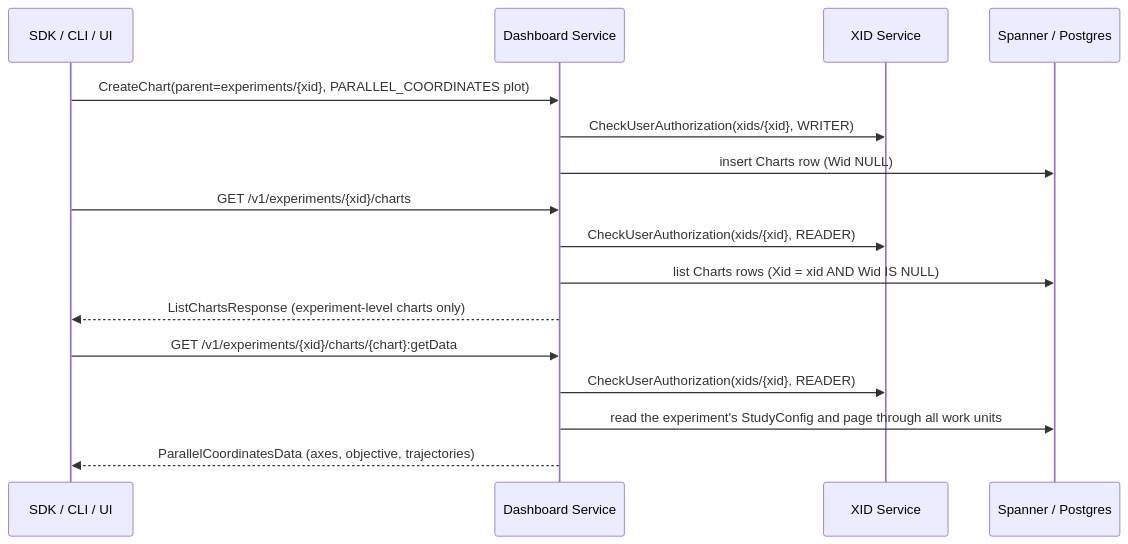
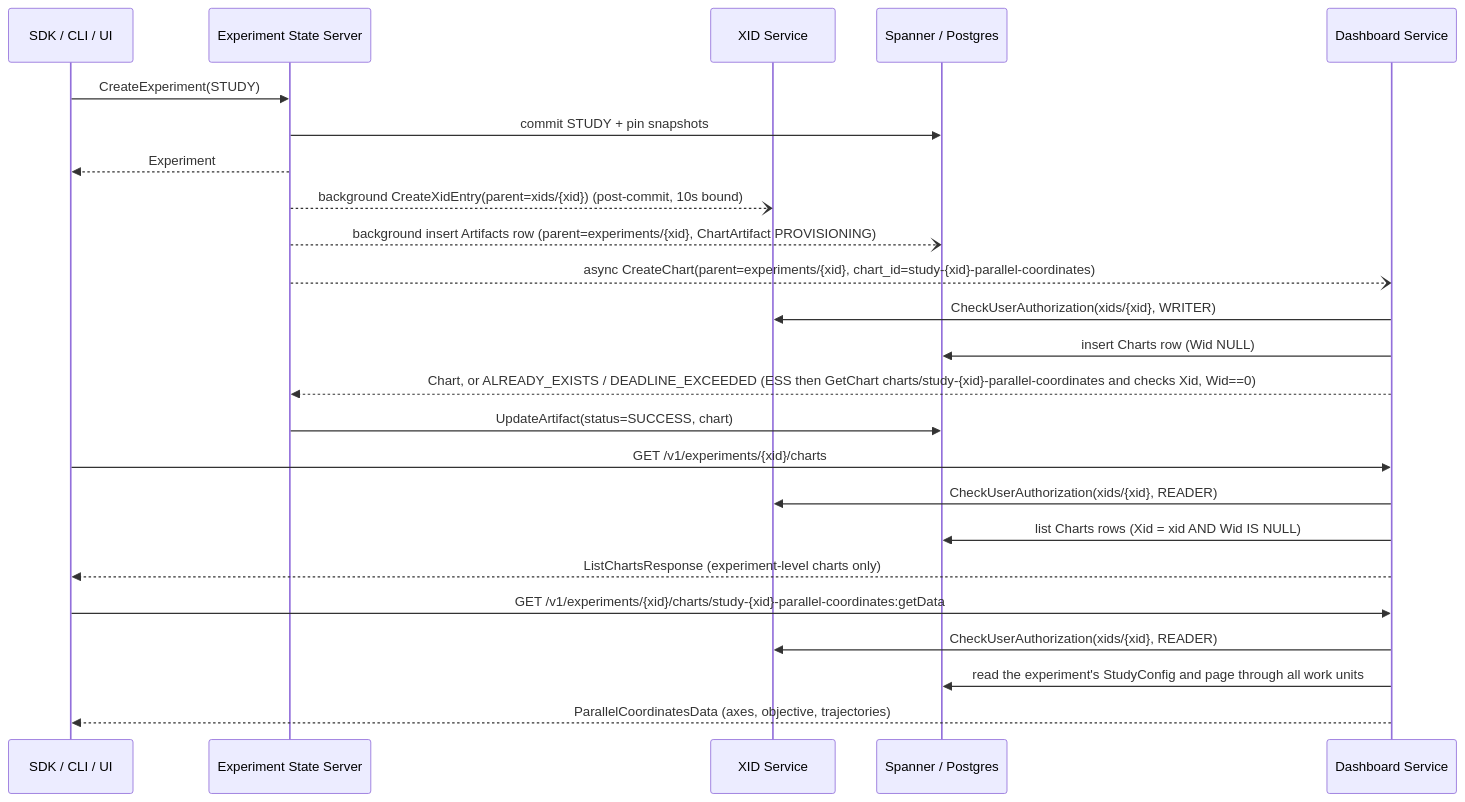
Before and after one commit to google/xmc: the third of 3 diagrams in docs/flows/study_lifecycle.md, drawn with Mermaid. The commit also changed other lines of this file and 31 other files, not shown here.

First line of the commit message:
feat(ess): auto-provision parallel-coordinates chart on study creation (#1756)

````diff
--- a/docs/flows/study_lifecycle.md
+++ b/docs/flows/study_lifecycle.md
@@ -158,19 +165,27 @@
 ```mermaid
 sequenceDiagram
     participant Client as SDK / CLI / UI
-    participant DS as Dashboard Service
+    participant ESS as Experiment State Server
     participant XID as XID Service
     participant DB as Spanner / Postgres
+    participant DS as Dashboard Service
 
-    Client->>DS: CreateChart(parent=experiments/{xid}, PARALLEL_COORDINATES plot)
+    Client->>ESS: CreateExperiment(STUDY)
+    ESS->>DB: commit STUDY + pin snapshots
+    ESS-->>Client: Experiment
+    ESS--)XID: background CreateXidEntry(parent=xids/{xid}) (post-commit, 10s bound)
+    ESS--)DB: background insert Artifacts row (parent=experiments/{xid}, ChartArtifact PROVISIONING)
+    ESS--)DS: async CreateChart(parent=experiments/{xid}, chart_id=study-{xid}-parallel-coordinates)
     DS->>XID: CheckUserAuthorization(xids/{xid}, WRITER)
     DS->>DB: insert Charts row (Wid NULL)
+    DS-->>ESS: Chart, or ALREADY_EXISTS / DEADLINE_EXCEEDED (ESS then GetChart charts/study-{xid}-parallel-coordinates and checks Xid, Wid==0)
+    ESS->>DB: UpdateArtifact(status=SUCCESS, chart)
     Client->>DS: GET /v1/experiments/{xid}/charts
     DS->>XID: CheckUserAuthorization(xids/{xid}, READER)
     DS->>DB: list Charts rows (Xid = xid AND Wid IS NULL)
     DS-->>Client: ListChartsResponse (experiment-level charts only)
-    Client->>DS: GET /v1/experiments/{xid}/charts/{chart}:getData
+    Client->>DS: GET /v1/experiments/{xid}/charts/study-{xid}-parallel-coordinates:getData
     DS->>XID: CheckUserAuthorization(xids/{xid}, READER)
     DS->>DB: read the experiment's StudyConfig and page through all work units
     DS-->>Client: ParallelCoordinatesData (axes, objective, trajectories)
 ```
````
